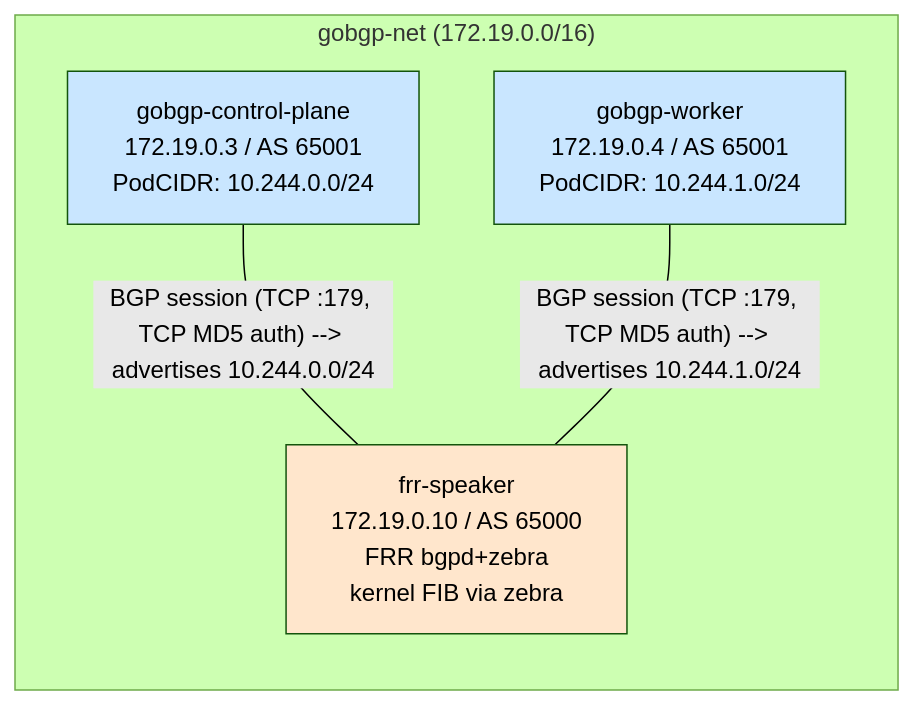
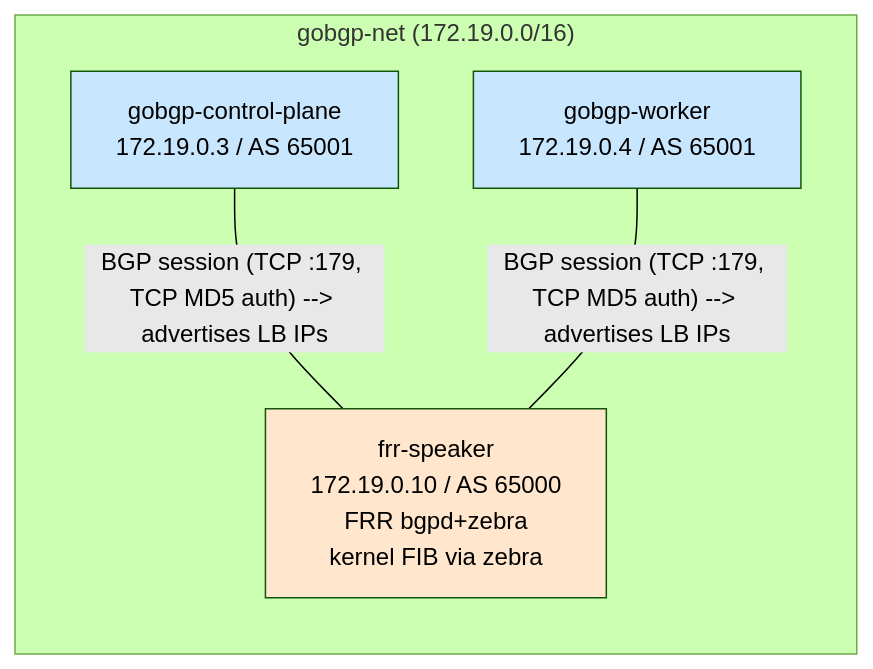
Before and after one commit to sarfarazahmad19/gobgp-cilium-test: the diagram in kind-cilium-overlay-l3-lb/README.md, drawn with Mermaid (forest theme). The commit also changed other lines of this file and 3 other files, not shown here.

First line of the commit message:
Stop advertising PodCIDR — only LB IPs via BGP

````diff
--- a/kind-cilium-overlay-l3-lb/README.md
+++ b/kind-cilium-overlay-l3-lb/README.md
@@ -6,15 +6,15 @@
 ```mermaid
 flowchart LR
     subgraph bgp_net["gobgp-net (172.19.0.0/16)"]
-        cp["gobgp-control-plane<br/>172.19.0.3 / AS 65001<br/>PodCIDR: 10.244.0.0/24"]
-        wk["gobgp-worker<br/>172.19.0.4 / AS 65001<br/>PodCIDR: 10.244.1.0/24"]
+        cp["gobgp-control-plane<br/>172.19.0.3 / AS 65001"]
+        wk["gobgp-worker<br/>172.19.0.4 / AS 65001"]
         sp["frr-speaker<br/>172.19.0.10 / AS 65000<br/>FRR bgpd+zebra<br/>kernel FIB via zebra"]
     end
 
-    cp -- "BGP session (TCP :179, TCP MD5 auth) --> advertises 10.244.0.0/24" --- sp
-    wk -- "BGP session (TCP :179, TCP MD5 auth) --> advertises 10.244.1.0/24" --- sp
+    cp -- "BGP session (TCP :179, TCP MD5 auth) --> advertises LB IPs" --- sp
+    wk -- "BGP session (TCP :179, TCP MD5 auth) --> advertises LB IPs" --- sp
 
     style cp fill:#c9e6ff
     style wk fill:#c9e6ff
     style sp fill:#ffe6cc
 ```
````
